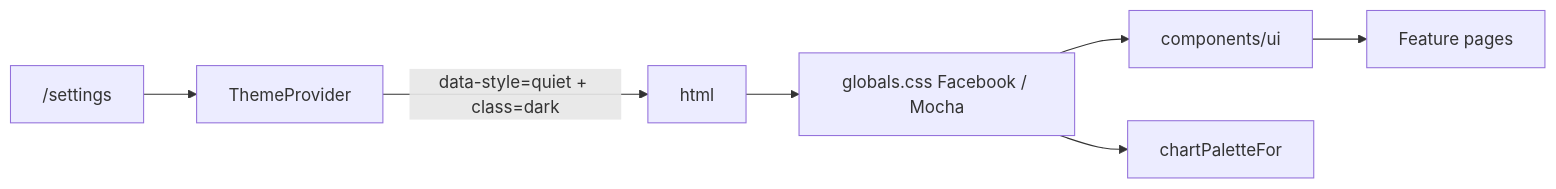
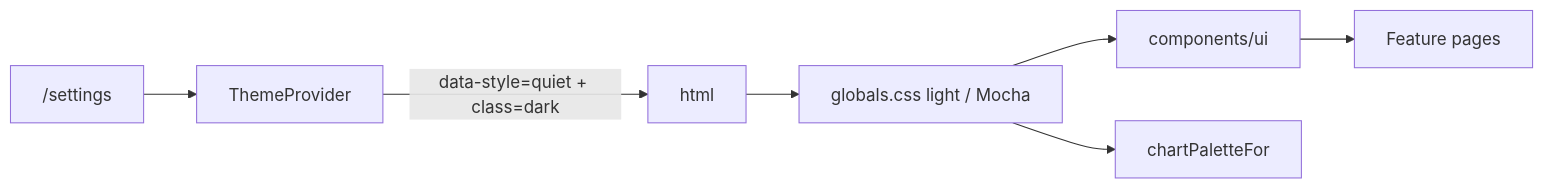
Before and after one commit to ezcafe/my-apps: the diagram in docs/DESIGN_GUIDE.md, drawn with Mermaid. The commit also changed other lines of this file and 56 other files, not shown here.

````diff
--- a/docs/DESIGN_GUIDE.md
+++ b/docs/DESIGN_GUIDE.md
@@ -57,9 +124,9 @@
 ```mermaid
 flowchart LR
   Settings["/settings"] --> ThemeProvider
   ThemeProvider -- "data-style=quiet + class=dark" --> HtmlRoot["html"]
-  HtmlRoot --> Tokens["globals.css Facebook / Mocha"]
+  HtmlRoot --> Tokens["globals.css light / Mocha"]
   Tokens --> Primitives["components/ui"]
   Tokens --> Charts["chartPaletteFor"]
   Primitives --> Surfaces["Feature pages"]
 ```
````
